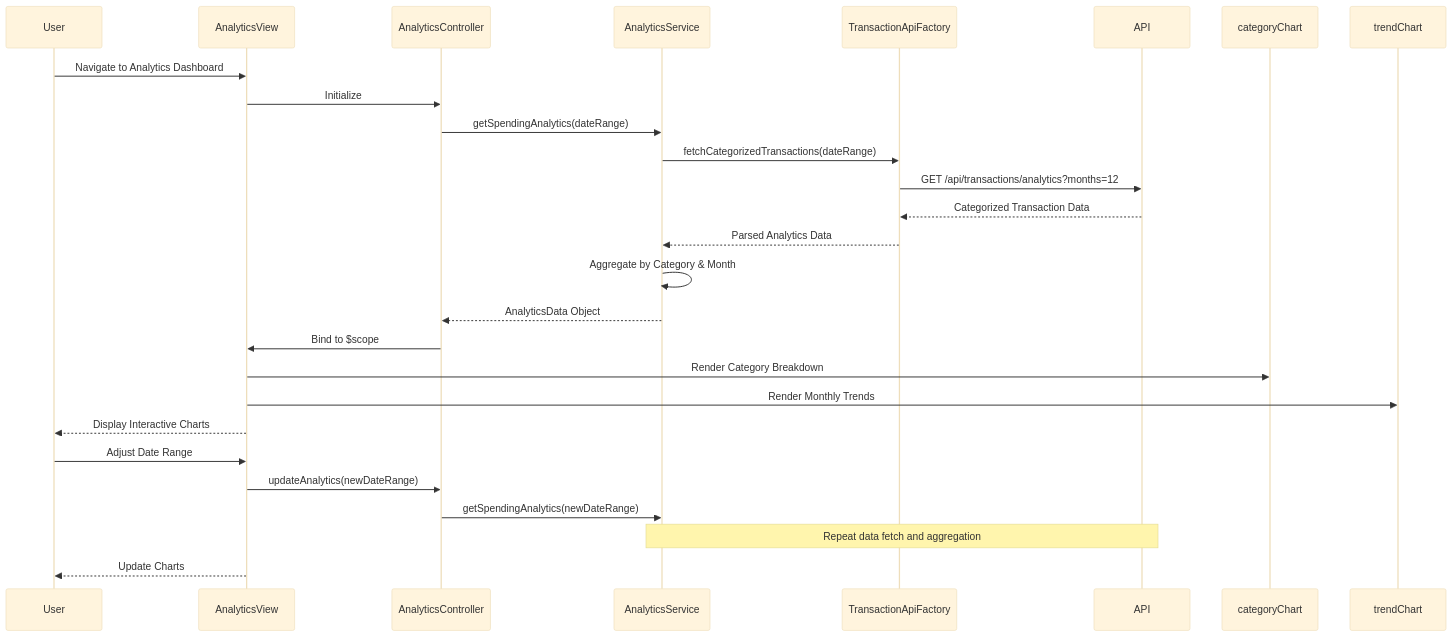
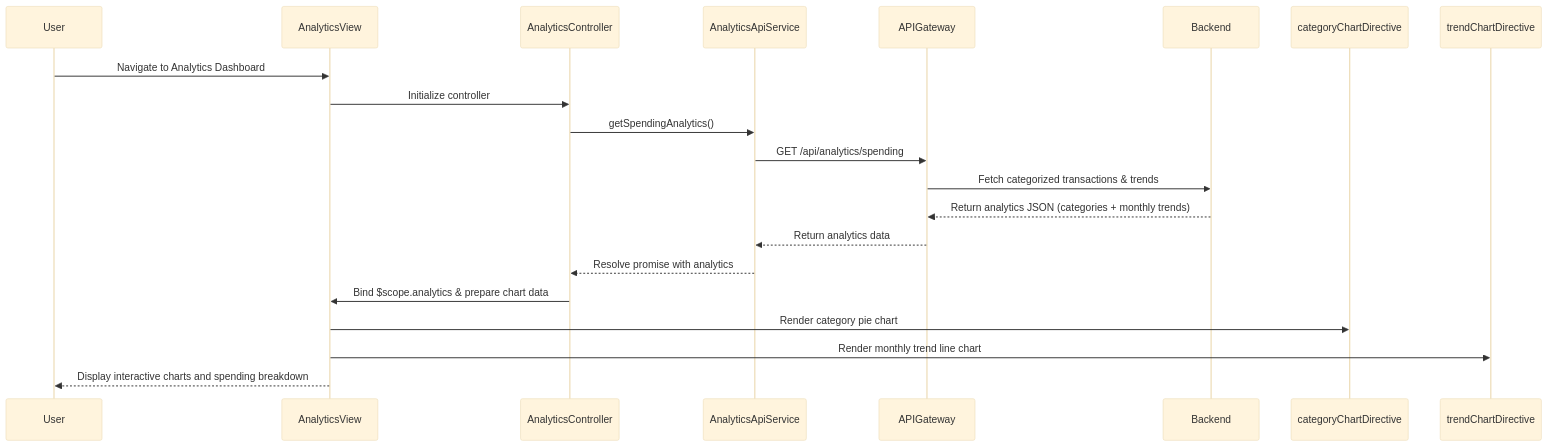
The diagram in LLD/QE-4630_LLD.md (Davamani-git/APB_Demo), drawn with Mermaid (base theme) before and after one commit. The commit also changed other lines of this file and 2 other files, not shown here.

````diff
--- a/LLD/QE-4630_LLD.md
+++ b/LLD/QE-4630_LLD.md
@@ -86,28 +97,22 @@
 ```mermaid
 sequenceDiagram
     participant User
     participant AnalyticsView
     participant AnalyticsController
-    participant AnalyticsService
-    participant TransactionApiFactory
-    participant API
+    participant AnalyticsApiService
+    participant APIGateway
+    participant Backend
 
     User->>AnalyticsView: Navigate to Analytics Dashboard
-    AnalyticsView->>AnalyticsController: Initialize
-    AnalyticsController->>AnalyticsService: getSpendingAnalytics(dateRange)
-    AnalyticsService->>TransactionApiFactory: fetchCategorizedTransactions(dateRange)
-    TransactionApiFactory->>API: GET /api/transactions/analytics?months=12
-    API-->>TransactionApiFactory: Categorized Transaction Data
-    TransactionApiFactory-->>AnalyticsService: Parsed Analytics Data
-    AnalyticsService->>AnalyticsService: Aggregate by Category & Month
-    AnalyticsService-->>AnalyticsController: AnalyticsData Object
-    AnalyticsController->>AnalyticsView: Bind to $scope
-    AnalyticsView->>categoryChart: Render Category Breakdown
-    AnalyticsView->>trendChart: Render Monthly Trends
-    AnalyticsView-->>User: Display Interactive Charts
-    User->>AnalyticsView: Adjust Date Range
-    AnalyticsView->>AnalyticsController: updateAnalytics(newDateRange)
-    AnalyticsController->>AnalyticsService: getSpendingAnalytics(newDateRange)
-    Note over AnalyticsService,API: Repeat data fetch and aggregation
-    AnalyticsView-->>User: Update Charts
+    AnalyticsView->>AnalyticsController: Initialize controller
+    AnalyticsController->>AnalyticsApiService: getSpendingAnalytics()
+    AnalyticsApiService->>APIGateway: GET /api/analytics/spending
+    APIGateway->>Backend: Fetch categorized transactions & trends
+    Backend-->>APIGateway: Return analytics JSON (categories + monthly trends)
+    APIGateway-->>AnalyticsApiService: Return analytics data
+    AnalyticsApiService-->>AnalyticsController: Resolve promise with analytics
+    AnalyticsController->>AnalyticsView: Bind $scope.analytics & prepare chart data
+    AnalyticsView->>categoryChartDirective: Render category pie chart
+    AnalyticsView->>trendChartDirective: Render monthly trend line chart
+    AnalyticsView-->>User: Display interactive charts and spending breakdown
 ```
````
